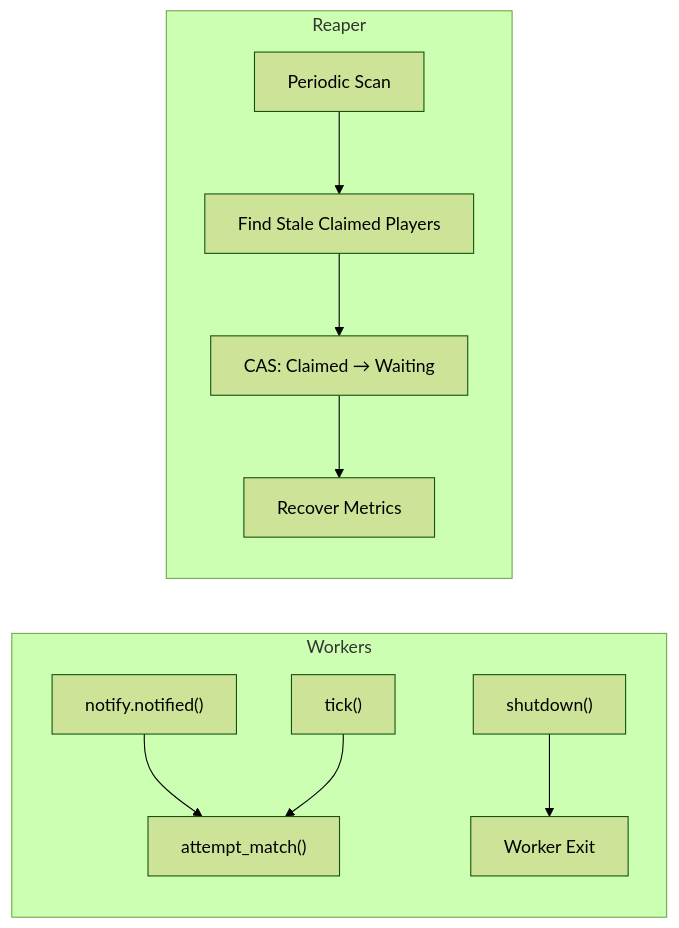
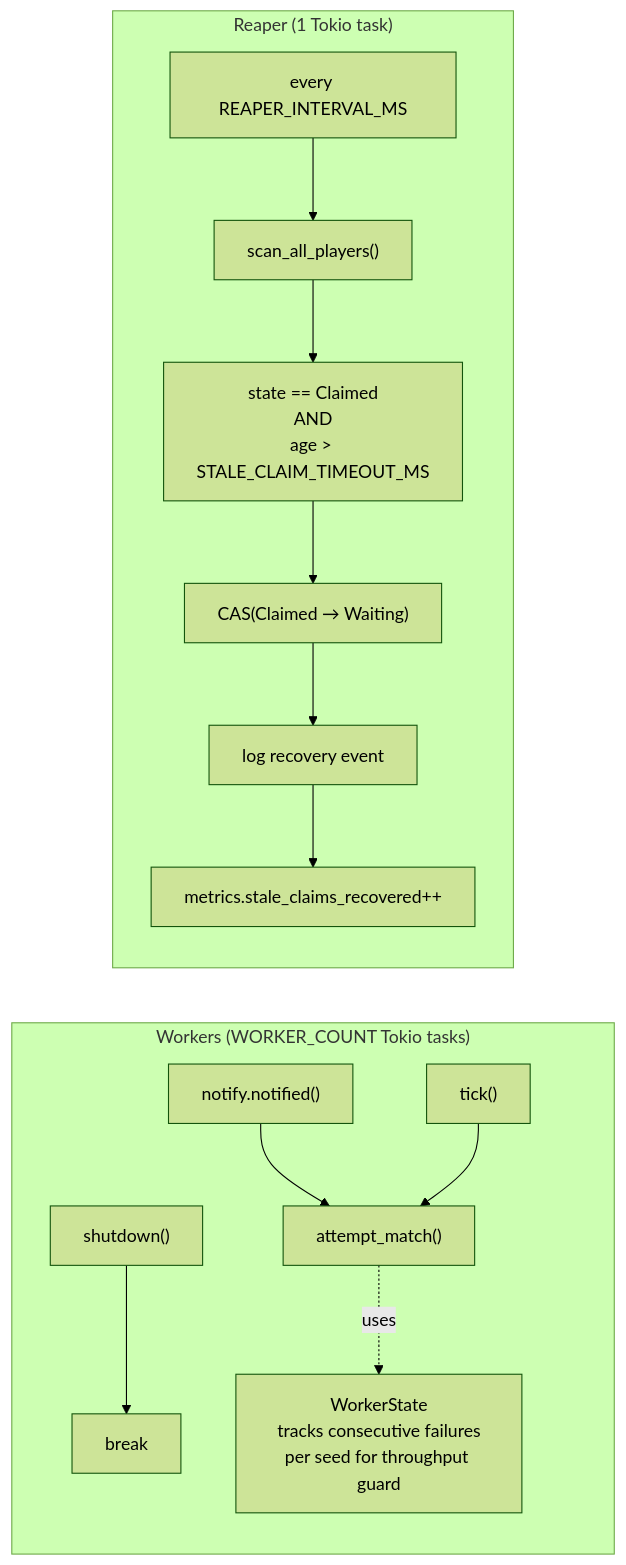
Before and after one commit to abhijeet-anand75/Matchmaker: the third of 3 diagrams in README.md, drawn with Mermaid (forest theme).

````diff
--- a/README.md
+++ b/README.md
@@ -144,25 +144,42 @@
 ```mermaid
 flowchart LR
 
-    subgraph Workers
-        W1["notify.notified()"]
-        W2["tick()"]
-        W3["attempt_match()"]
-        W4["shutdown()"]
+    subgraph Workers["Workers (WORKER_COUNT Tokio tasks)"]
 
-        W1 --> W3
-        W2 --> W3
-        W4 --> End1["Worker Exit"]
+        Notify["notify.notified()"]
+        Tick["tick()"]
+        Shutdown["shutdown()"]
+
+        Attempt["attempt_match()"]
+        Break["break"]
+
+        Notify --> Attempt
+        Tick --> Attempt
+        Shutdown --> Break
+
+        State["WorkerState<br/>tracks consecutive failures<br/>per seed for throughput guard"]
+
+        Attempt -.uses.-> State
     end
 
-    subgraph Reaper
-        R1["Periodic Scan"]
-        R2["Find Stale Claimed Players"]
-        R3["CAS: Claimed → Waiting"]
-        R4["Recover Metrics"]
+    subgraph Reaper["Reaper (1 Tokio task)"]
 
-        R1 --> R2
-        R2 --> R3
-        R3 --> R4
+        Interval["every REAPER_INTERVAL_MS"]
+
+        Scan["scan_all_players()"]
+
+        Check["state == Claimed<br/>AND<br/>age > STALE_CLAIM_TIMEOUT_MS"]
+
+        Recover["CAS(Claimed → Waiting)"]
+
+        Log["log recovery event"]
+
+        Metric["metrics.stale_claims_recovered++"]
+
+        Interval --> Scan
+        Scan --> Check
+        Check --> Recover
+        Recover --> Log
+        Log --> Metric
     end
 ```
````
